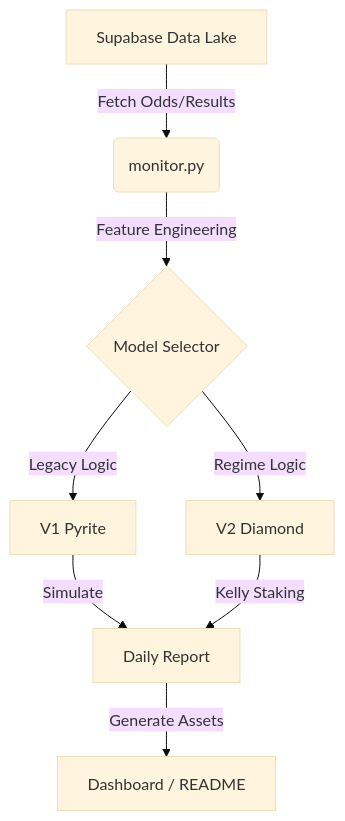
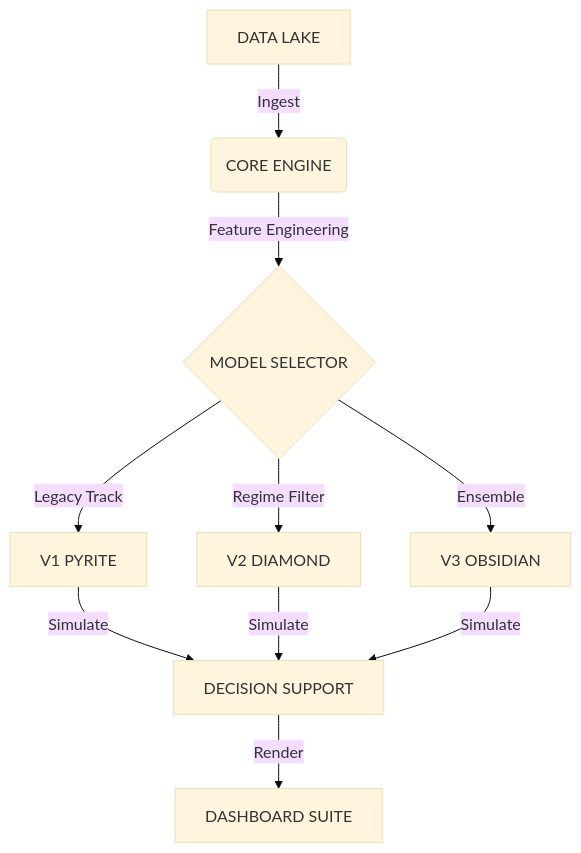
One commit to Ducky705/XGBoost-Sniper changed the diagram in README.md. Above: the diagram before and after it, drawn with Mermaid (base theme). The commit also changed other lines of this file and 5 other files, not shown here.

````diff
--- a/README.md
+++ b/README.md
@@ -53,10 +55,10 @@
 ```mermaid
 graph TD
-    A[Supabase Data Lake] -->|Fetch Odds/Results| B(monitor.py)
-    B -->|Feature Engineering| C{Model Selector}
-    C -->|Legacy Logic| D[V1 Pyrite]
-    C -->|Regime Logic| E[V2 Diamond]
-    D -->|Simulate| F[Daily Report]
-    E -->|Kelly Staking| F
-    F -->|Generate Assets| G[Dashboard / README]
+    A[DATA LAKE] -->|Ingest| B(CORE ENGINE)
+    B -->|Feature Engineering| C{MODEL SELECTOR}
+    C -->|Legacy Track| D[V1 PYRITE]
+    C -->|Regime Filter| E[V2 DIAMOND]
+    C -->|Ensemble| F[V3 OBSIDIAN]
+    D & E & F -->|Simulate| G[DECISION SUPPORT]
+    G -->|Render| H[DASHBOARD SUITE]
 ```
````
